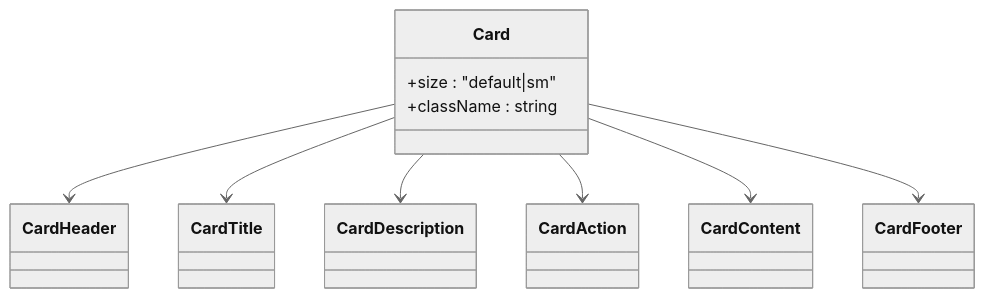
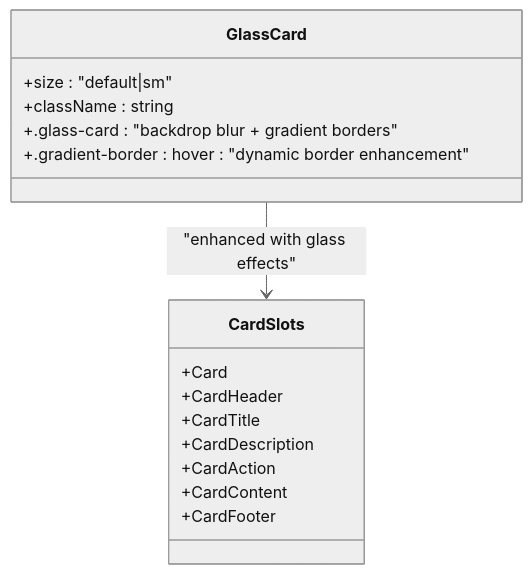
One commit to alikizang/datafrica changed the fifth of 8 diagrams in .qoder/repowiki/en/content/UI Components/UI Components.md. Above: the diagram before and after it, drawn with Mermaid (neutral theme). The commit also changed other lines of this file and 15 other files, not shown here.

````diff
--- a/.qoder/repowiki/en/content/UI Components/UI Components.md
+++ b/.qoder/repowiki/en/content/UI Components/UI Components.md
@@ -265,19 +327,19 @@
 ```mermaid
 classDiagram
-class Card {
+class GlassCard {
 +size : "default|sm"
 +className : string
++.glass-card : "backdrop blur + gradient borders"
++.gradient-border : hover : "dynamic border enhancement"
 }
-class CardHeader
-class CardTitle
-class CardDescription
-class CardAction
-class CardContent
-class CardFooter
-Card --> CardHeader
-Card --> CardTitle
-Card --> CardDescription
-Card --> CardAction
-Card --> CardContent
-Card --> CardFooter
+class CardSlots {
++Card
++CardHeader
++CardTitle
++CardDescription
++CardAction
++CardContent
++CardFooter
+}
+GlassCard --> CardSlots : "enhanced with glass effects"
 ```
````
